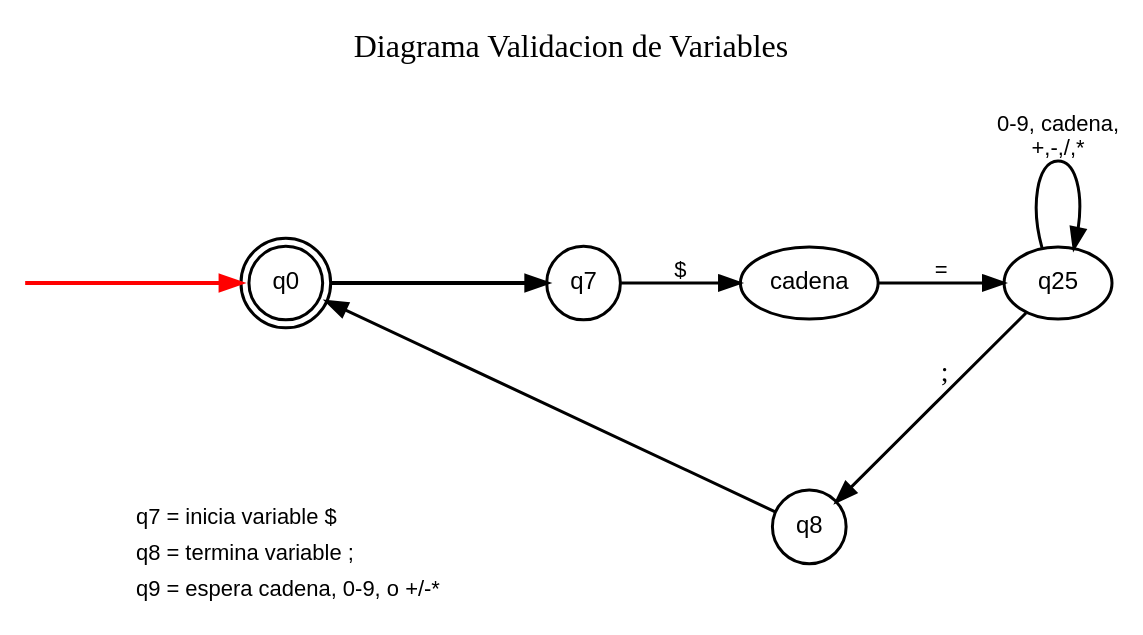
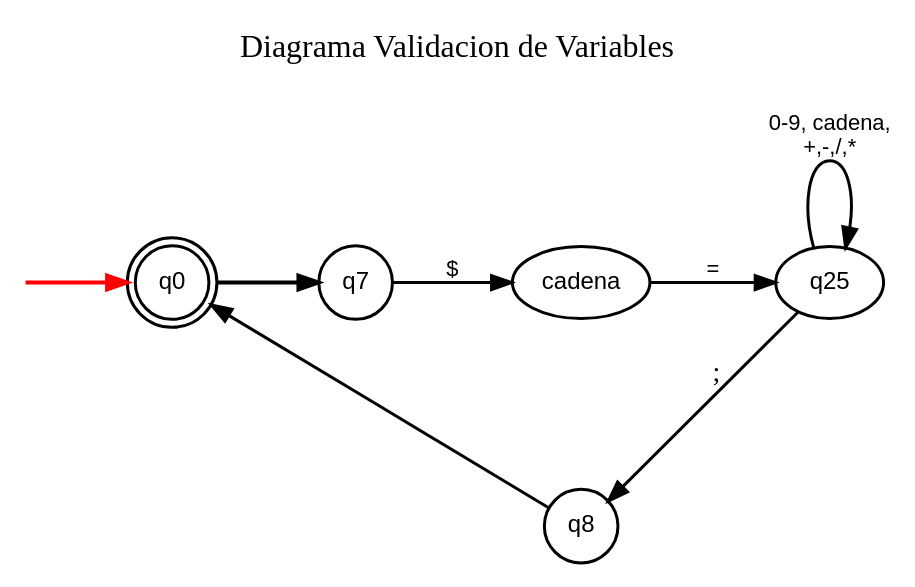
Before and after one commit to Rpinto30/KVX-08-LAN: the diagram in Diagramas/variables.dot, drawn with Graphviz. The commit also changed 5 other files, not shown here.

Commit message:
Arreglo de errores en diagramas

```diff
--- a/Diagramas/variables.dot
+++ b/Diagramas/variables.dot
@@ -1,42 +1,31 @@
 digraph Grafico3 {
     rankdir=LR;
     nodesep=0.6;
     ranksep=0.7;
 
     labelloc="t";
     label="Diagrama Validacion de Variables\n\n";
     fontsize=16;
     fontname="Arial Bold";
 
     node [fontname="Arial", fontsize=12, penwidth=1.5];
     edge [fontname="Arial", fontsize=11, penwidth=1.5];
 
     inicio [shape=none, label="", width=0, height=0];
     q0 [shape=doublecircle, label="q0"];
     q7 [shape=circle, label="q7"];
     cadena [shape=ellipse, label="cadena"];
     q25 [shape=ellipse, label="q25"];
     q8 [shape=circle, label="q8"];
 
-    leyenda [shape=none, margin=0, label=<
-        <table border="0" cellborder="0" cellspacing="2" align="left">
-            <tr><td align="left">q7 = inicia variable $</td></tr>
-            <tr><td align="left">q8 = termina variable ;</td></tr>
-            <tr><td align="left">q9 = espera cadena, 0-9, o +/-*</td></tr>
-        </table>
-    >, fontsize=11];
-
-    { rank=same; q0; leyenda; }
     { rank=same; cadena; q8; }
-
-    q0 -> leyenda [style=invis];
     cadena -> q8 [style=invis];
     inicio -> q0 [color="red", penwidth=2];
 
     q0 -> q7 [color="black", penwidth=2];
     q7 -> cadena [label=" $", color="black"];
     cadena -> q25 [label=" =", color="black"];
     q25 -> q25 [label="0-9, cadena,\n+,-,/,*", color="black", fontcolor="black"];
     q25 -> q8 [label="  ;", fontsize=14, fontname="Arial Bold", color="black", constraint=false];
     q8 -> q0 [color="black", constraint=false];
 }
```
